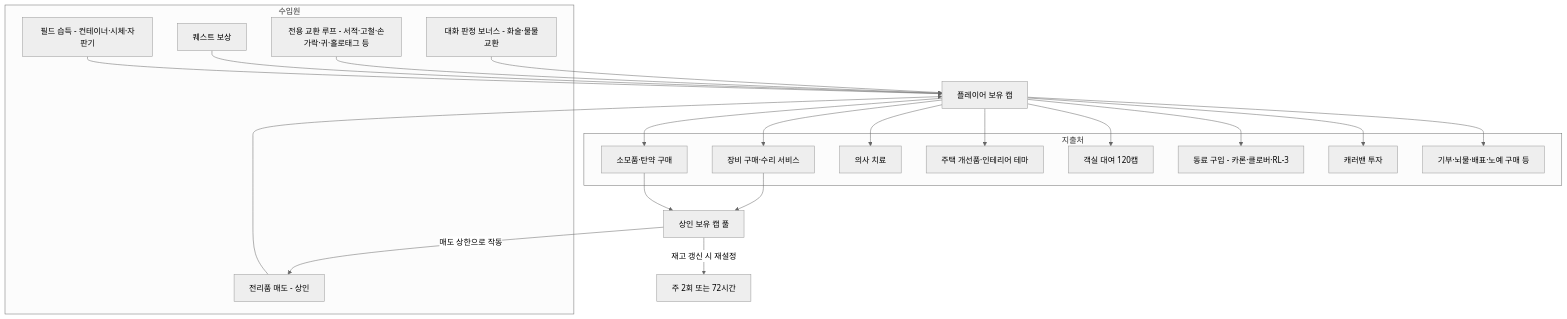
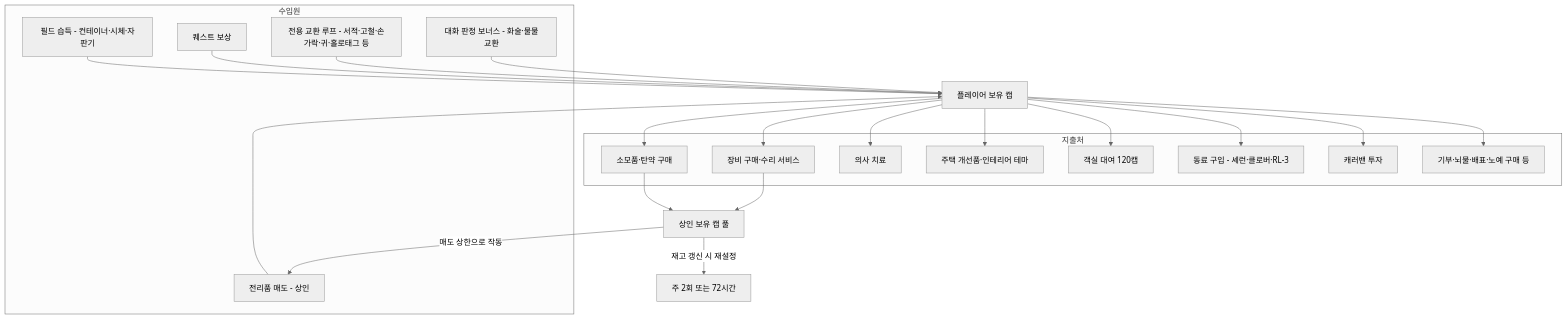
The first of 3 diagrams in docs/reverse-design/22_economy-housing.md (forsurvive/003), drawn with Mermaid (neutral theme) before and after one commit. The commit also changed other lines of this file and 7 other files, not shown here.

````diff
--- a/docs/reverse-design/22_economy-housing.md
+++ b/docs/reverse-design/22_economy-housing.md
@@ -82,38 +82,38 @@
 ```mermaid
 flowchart TD
     subgraph SRC["수입원"]
         S1["필드 습득 - 컨테이너·시체·자판기"]
         S2["전리품 매도 - 상인"]
         S3["퀘스트 보상"]
         S4["전용 교환 루프 - 서적·고철·손가락·귀·홀로태그 등"]
         S5["대화 판정 보너스 - 화술·물물교환"]
     end
     CAPS["플레이어 보유 캡"]
     subgraph SINK["지출처"]
         K1["소모품·탄약 구매"]
         K2["장비 구매·수리 서비스"]
         K3["의사 치료"]
         K4["주택 개선품·인테리어 테마"]
         K5["객실 대여 120캡"]
-        K6["동료 구입 - 카론·클로버·RL-3"]
+        K6["동료 구입 - 셰런·클로버·RL-3"]
         K7["캐러밴 투자"]
         K8["기부·뇌물·배표·노예 구매 등"]
     end
     S1 --> CAPS
     S2 --> CAPS
     S3 --> CAPS
     S4 --> CAPS
     S5 --> CAPS
     CAPS --> K1
     CAPS --> K2
     CAPS --> K3
     CAPS --> K4
     CAPS --> K5
     CAPS --> K6
     CAPS --> K7
     CAPS --> K8
     K1 --> POOL["상인 보유 캡 풀"]
     K2 --> POOL
     POOL -->|"매도 상한으로 작동"| S2
     POOL -->|"재고 갱신 시 재설정"| RESET["주 2회 또는 72시간"]
 ```
````
